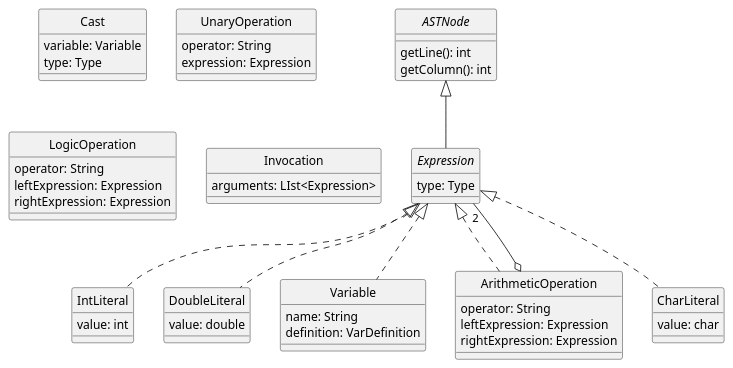
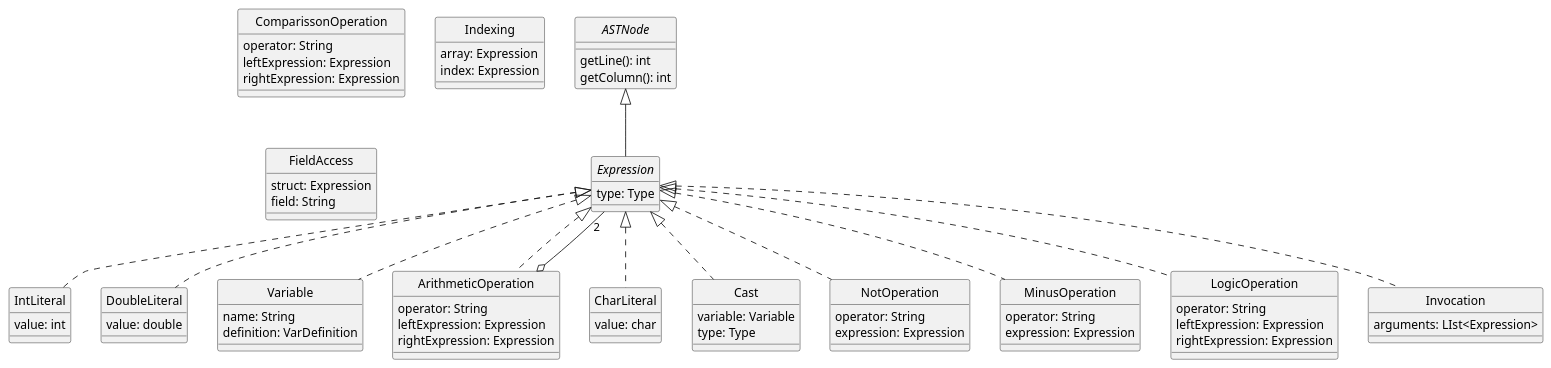
One commit to DavidGonzalezFernandez/dlp-compiler changed the diagram in docs/diagrams/expressions.plantuml. Above: the diagram before and after it, drawn with PlantUML. The commit also changed 13 other files, not shown here.

```diff
--- a/docs/diagrams/expressions.plantuml
+++ b/docs/diagrams/expressions.plantuml
@@ -1,67 +1,94 @@
 @startuml Expressions
 skinparam style strictuml
 skinparam monochrome true
 
 
 interface ASTNode {
     getLine(): int
     getColumn(): int
 }
 
 interface Expression {
     type: Type
 }
 
 class IntLiteral {
     value: int
 }
 
 class DoubleLiteral {
     value: double
 }
 
 class Variable {
     name: String
     definition: VarDefinition
 }
 
 class ArithmeticOperation {
     operator: String
     leftExpression: Expression
     rightExpression: Expression
 }
 
 class CharLiteral {
     value: char
 }
 
 class Cast {
     variable: Variable
     type: Type
 }
 
-class UnaryOperation {
+class NotOperation {
+    operator: String
+    expression: Expression
+}
+
+class MinusOperation {
     operator: String
     expression: Expression
 }
 
 class LogicOperation {
     operator: String
     leftExpression: Expression
     rightExpression: Expression
 }
 
+class ComparissonOperation {
+    operator: String
+    leftExpression: Expression
+    rightExpression: Expression
+}
+
 class Invocation {
     arguments: LIst<Expression>
+}
+
+class Indexing {
+    array: Expression
+    index: Expression
+}
+
+class FieldAccess {
+    struct: Expression
+    field: String
 }
 
 ASTNode <|-- Expression
 Expression <|.. IntLiteral
 Expression <|.. DoubleLiteral
 Expression <|.. CharLiteral
 Expression <|.. Variable
+Expression <|.. NotOperation
+Expression <|.. MinusOperation
+Expression <|.. LogicOperation
 Expression <|.. ArithmeticOperation
+Expression <|.. Invocation
+Expression <|.. Cast
+
 ArithmeticOperation o-- "2" Expression
 
 
 @enduml
```
